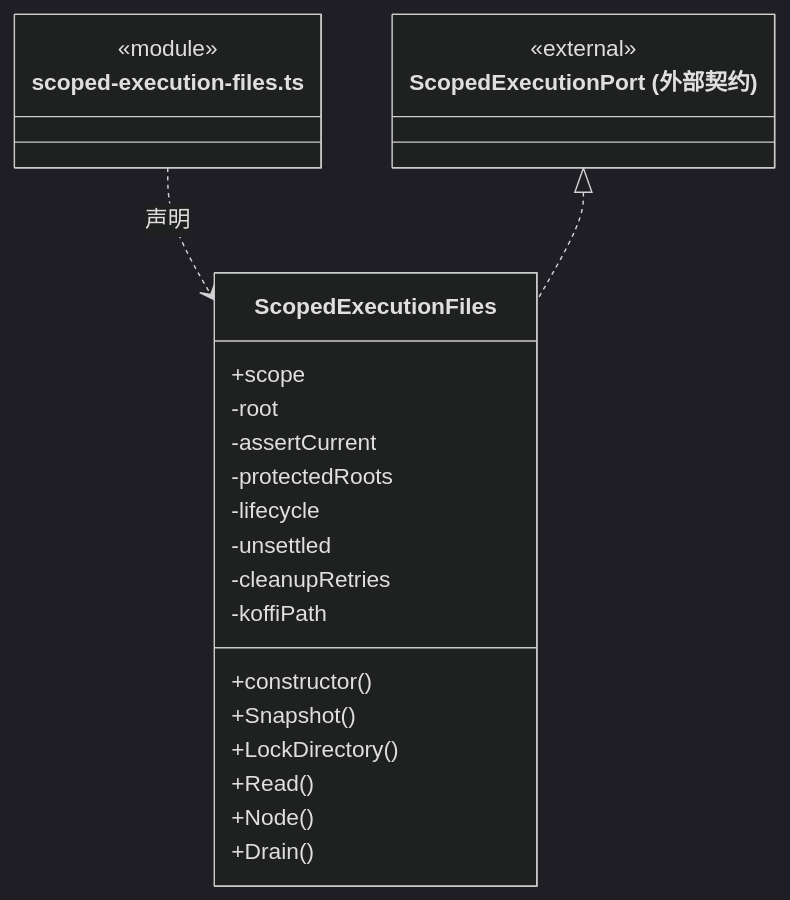
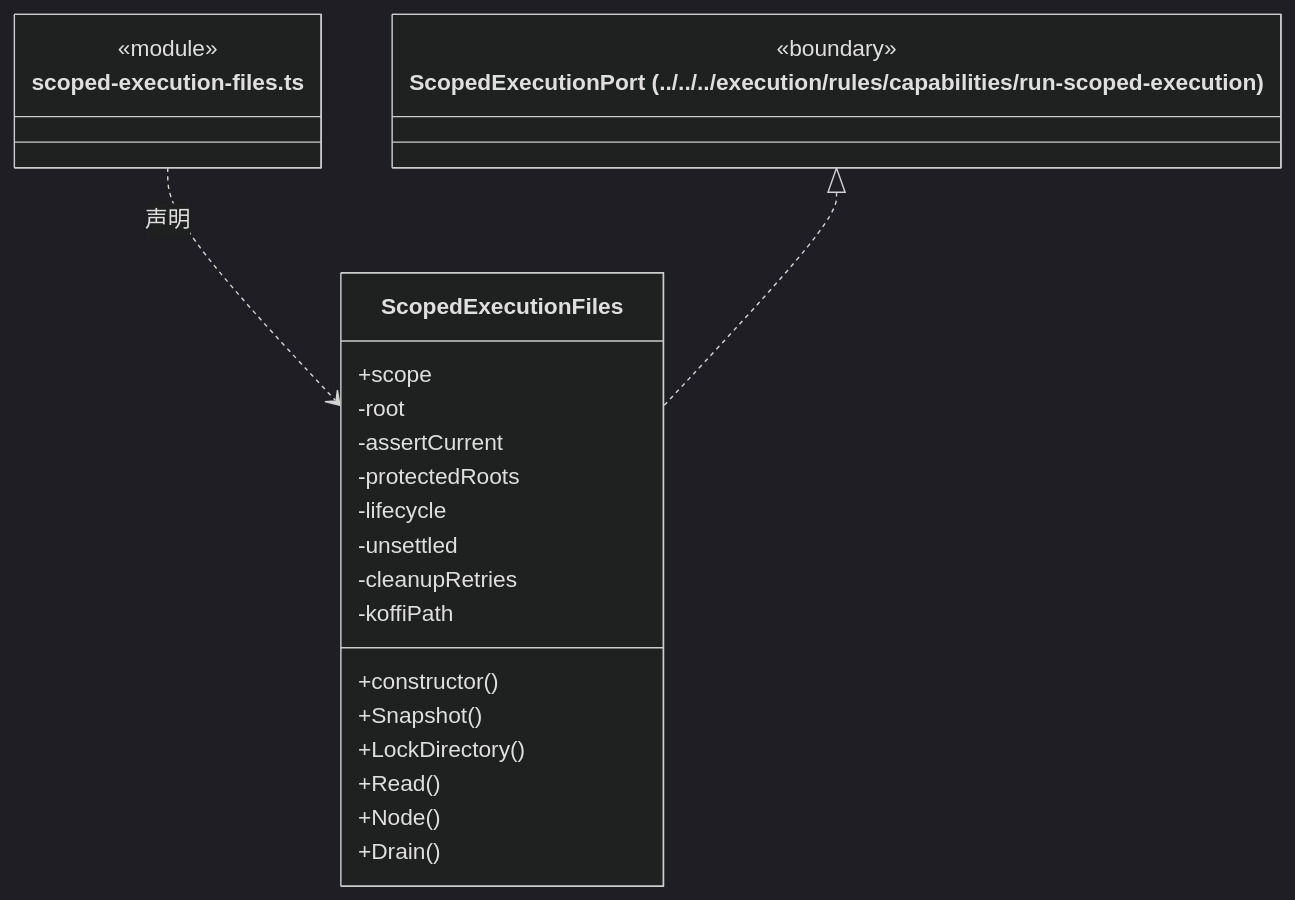
Diagram 12 of 14 in src/logic/file-operations/platform/files/ARCHITECTURE.md (nan023062/cbim), drawn with Mermaid (dark theme) before and after one commit. The commit also changed other lines of this file and 112 other files, not shown here.

Commit message:
docs: align source architecture with current declarations and contracts

````diff
--- a/src/logic/file-operations/platform/files/ARCHITECTURE.md
+++ b/src/logic/file-operations/platform/files/ARCHITECTURE.md
@@ -317,27 +318,27 @@
 ```mermaid
 classDiagram
 class N_src_logic_file_operations_platform_files_scoped_execution_files_ts["scoped-execution-files.ts"] {
   <<module>>
 }
 class N_src_logic_file_operations_platform_files_scoped_execution_files_ts_ScopedExecutionFiles["ScopedExecutionFiles"] {
   +scope
   +constructor()
   +Snapshot()
   +LockDirectory()
   +Read()
   +Node()
   +Drain()
   -root
   -assertCurrent
   -protectedRoots
   -lifecycle
   -unsettled
   -cleanupRetries
   -koffiPath
 }
 N_src_logic_file_operations_platform_files_scoped_execution_files_ts ..> N_src_logic_file_operations_platform_files_scoped_execution_files_ts_ScopedExecutionFiles : 声明
-class N_src_logic_file_operations_platform_files_scoped_execution_files_ts_external_ScopedExecutionPort["ScopedExecutionPort (外部契约)"] {
-  <<external>>
+class N_src_logic_file_operations_platform_files_scoped_execution_files_ts_external_ScopedExecutionPort["ScopedExecutionPort (../../../execution/rules/capabilities/run-scoped-execution)"] {
+  <<boundary>>
 }
 N_src_logic_file_operations_platform_files_scoped_execution_files_ts_external_ScopedExecutionPort <|.. N_src_logic_file_operations_platform_files_scoped_execution_files_ts_ScopedExecutionFiles
 ```
````
